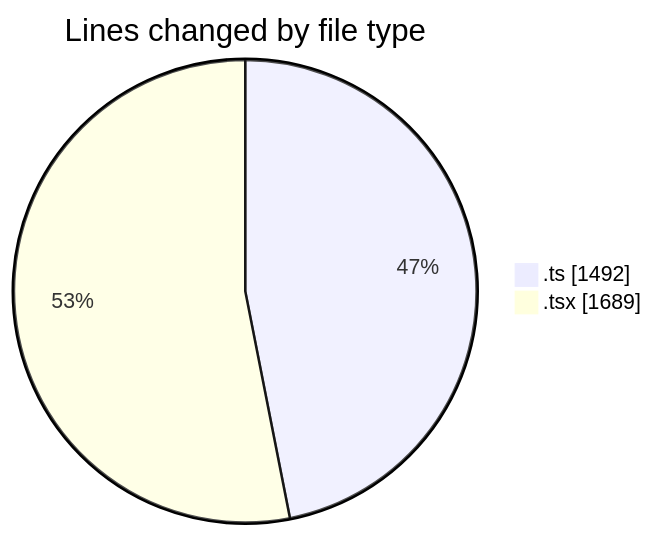
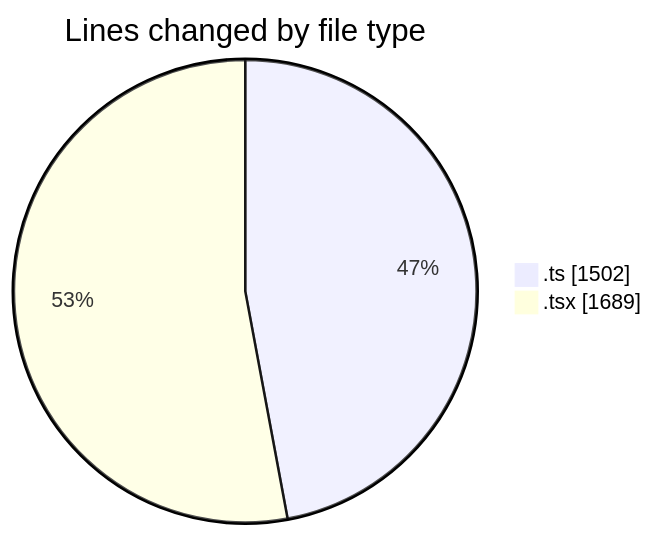
Before and after one commit to nxtqubesakshisongat/code-tracking: the first of 2 diagrams in 2026-03-04/nxtqube_webapp/README.md, drawn with Mermaid. The commit also changed other lines of this file and 1 other file, not shown here.

````diff
--- a/2026-03-04/nxtqube_webapp/README.md
+++ b/2026-03-04/nxtqube_webapp/README.md
@@ -25,6 +25,6 @@
 ```mermaid
 pie showData
 title Lines changed by file type
-".ts" : 1492
+".ts" : 1502
 ".tsx" : 1689
 ```
````
